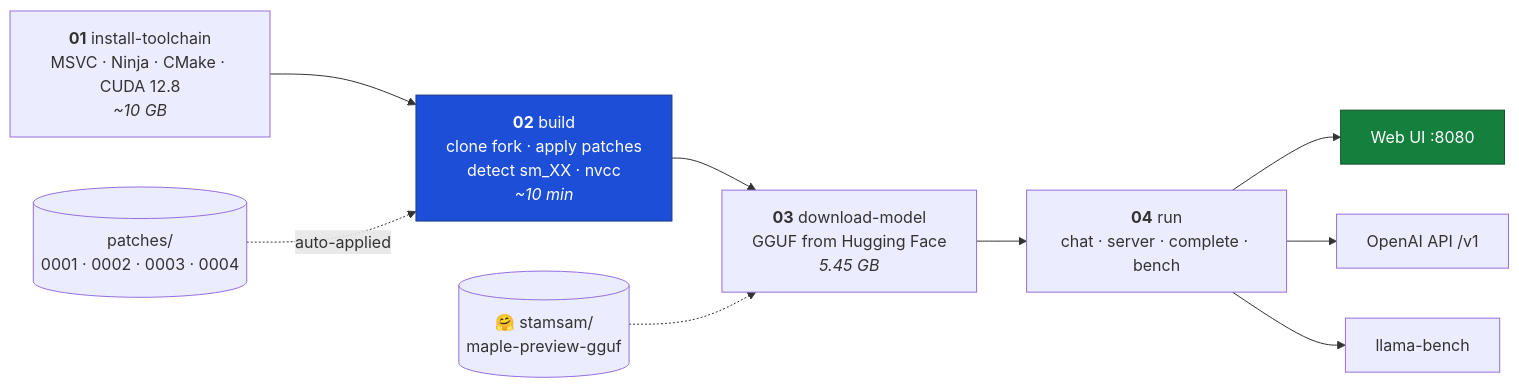
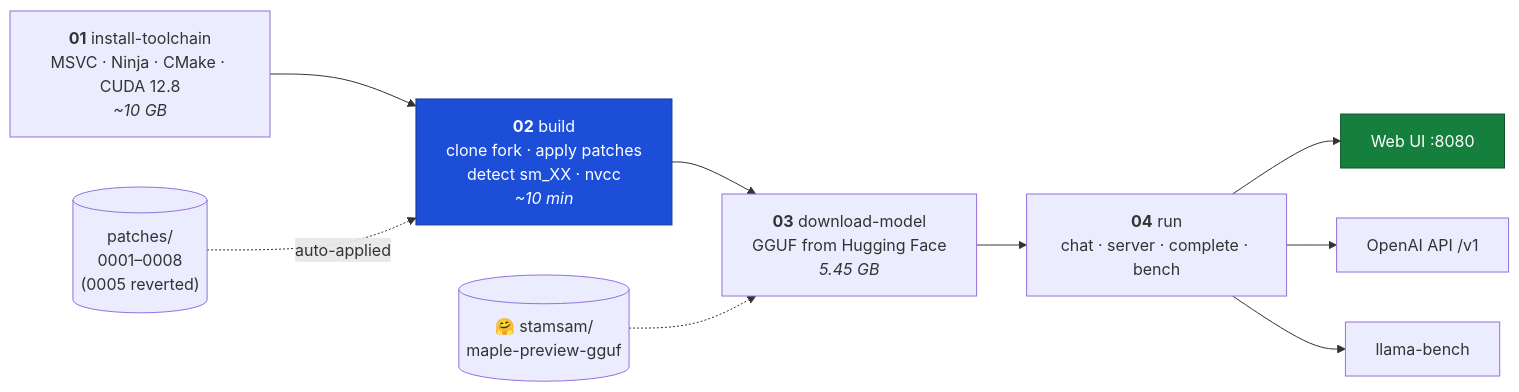
Before and after one commit to PascalAI2024/maple-preview-windows-cuda: the seventh of 7 diagrams in README.md, drawn with Mermaid. The commit also changed other lines of this file and 23 other files, not shown here.

````diff
--- a/README.md
+++ b/README.md
@@ -380,18 +407,18 @@
 ```mermaid
 flowchart LR
     S1["<b>01</b> install-toolchain<br/>MSVC · Ninja · CMake · CUDA 12.8<br/><i>~10 GB</i>"]
     S2["<b>02</b> build<br/>clone fork · apply patches<br/>detect sm_XX · nvcc<br/><i>~10 min</i>"]
     S3["<b>03</b> download-model<br/>GGUF from Hugging Face<br/><i>5.45 GB</i>"]
     S4["<b>04</b> run<br/>chat · server · complete · bench"]
 
     S1 --> S2 --> S3 --> S4
     S4 --> W["Web UI :8080"]
     S4 --> API["OpenAI API /v1"]
     S4 --> B["llama-bench"]
 
-P[("patches/<br/>0001 · 0002 · 0003 · 0004")] -.->|auto-applied| S2
+P[("patches/<br/>0001–0008<br/>(0005 reverted)")] -.->|auto-applied| S2
     HF[("🤗 stamsam/<br/>maple-preview-gguf")] -.-> S3
 
     style S2 fill:#1d4ed8,stroke:#1e3a8a,color:#fff
     style W fill:#15803d,stroke:#14532d,color:#fff
 ```
````
